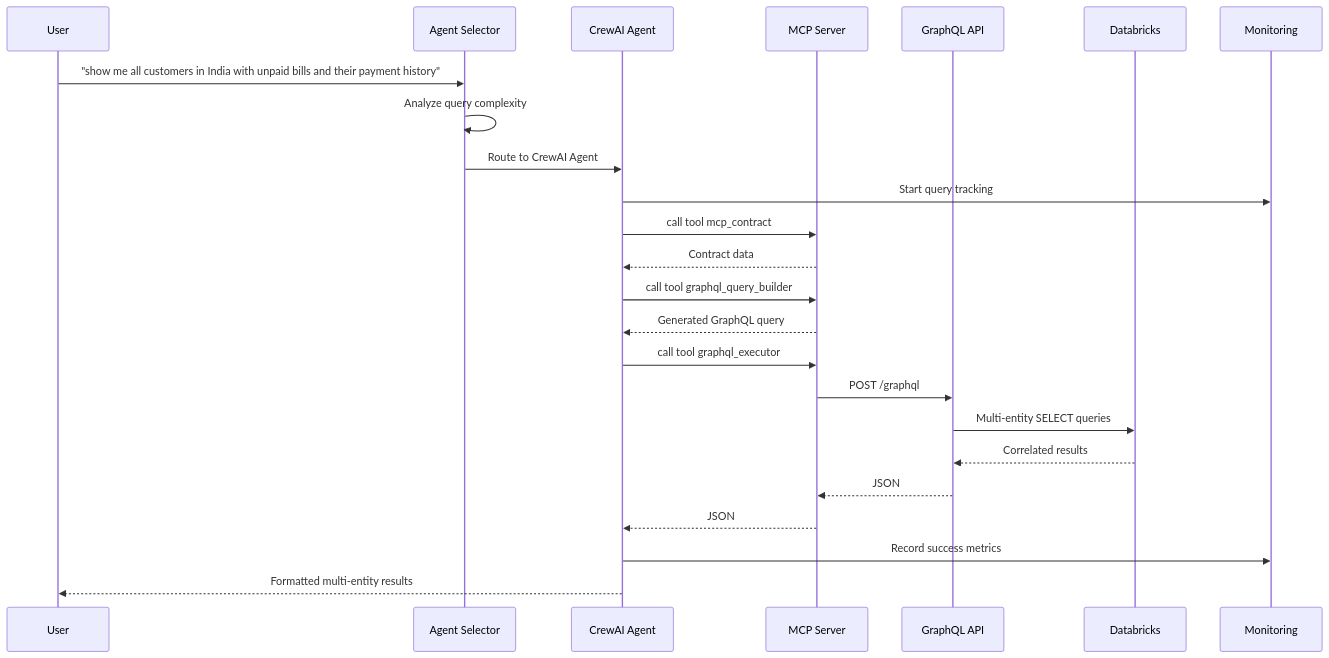
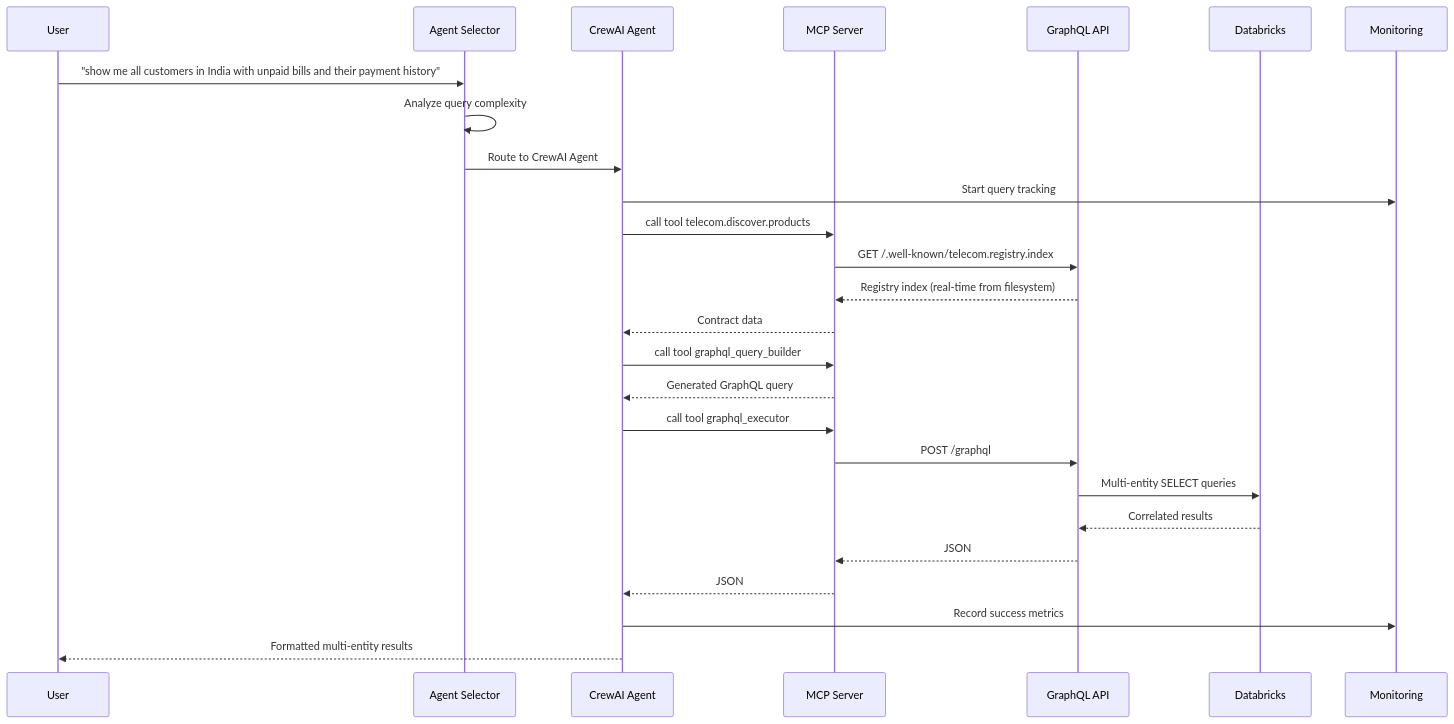
One commit to pmsrao/io-telco changed the fifth of 5 diagrams in docs/architecture_v2.md. Above: the diagram before and after it, drawn with Mermaid. The commit also changed other lines of this file and 1 other file, not shown here.

First line of the commit message:
docs: Update architecture documentation to reflect HTTP MCP auto-discovery

````diff
--- a/docs/architecture_v2.md
+++ b/docs/architecture_v2.md
@@ -383,27 +418,29 @@
 ```mermaid
 sequenceDiagram
   participant User
   participant AS as Agent Selector
   participant CA as CrewAI Agent
   participant MCP as MCP Server
   participant GQL as GraphQL API
   participant DB as Databricks
   participant MON as Monitoring
 
   User->>AS: "show me all customers in India with unpaid bills and their payment history"
   AS->>AS: Analyze query complexity
   AS->>CA: Route to CrewAI Agent
   CA->>MON: Start query tracking
-  CA->>MCP: call tool mcp_contract
+  CA->>MCP: call tool telecom.discover.products
+  MCP->>GQL: GET /.well-known/telecom.registry.index
+  GQL-->>MCP: Registry index (real-time from filesystem)
   MCP-->>CA: Contract data
   CA->>MCP: call tool graphql_query_builder
   MCP-->>CA: Generated GraphQL query
   CA->>MCP: call tool graphql_executor
   MCP->>GQL: POST /graphql
   GQL->>DB: Multi-entity SELECT queries
   DB-->>GQL: Correlated results
   GQL-->>MCP: JSON
   MCP-->>CA: JSON
   CA->>MON: Record success metrics
   CA-->>User: Formatted multi-entity results
 ```
````
